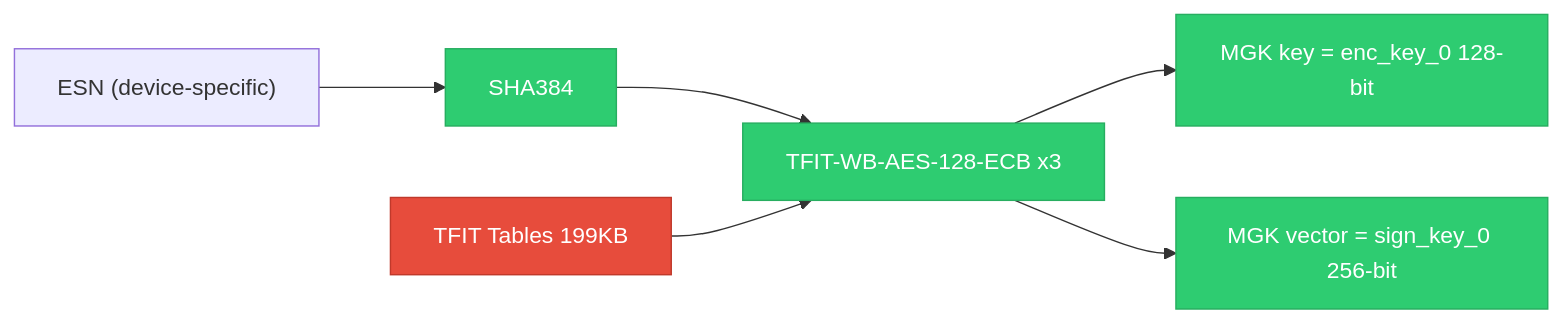
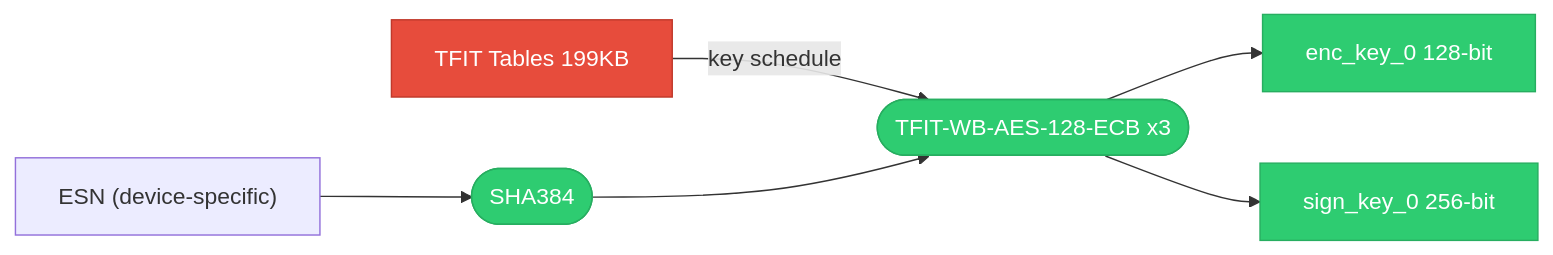
One commit to qtmleap/revkit changed the first of 9 diagrams in docs/spec/msl_key_relationship.md. Above: the diagram before and after it, drawn with Mermaid. The commit also changed other lines of this file, not shown here.

First line of the commit message:
docs(spec): Mermaid 図の記法を統一

````diff
--- a/docs/spec/msl_key_relationship.md
+++ b/docs/spec/msl_key_relationship.md
@@ -18,14 +18,14 @@
 ```mermaid
 graph LR
-    ESN["ESN (device-specific)"] --> SHA384_ESN["SHA384"]
-    SHA384_ESN --> TFIT_ECB["TFIT-WB-AES-128-ECB x3"]
-    TFIT_TBL["TFIT Tables 199KB"] --> TFIT_ECB
-    TFIT_ECB --> MGK_ENC["MGK key = enc_key_0 128-bit"]
-    TFIT_ECB --> MGK_SIGN["MGK vector = sign_key_0 256-bit"]
+    ESN["ESN (device-specific)"] --> OP_SHA0(["SHA384"])
+    TFIT_TBL["TFIT Tables 199KB"] -->|key schedule| OP_TFIT0(["TFIT-WB-AES-128-ECB x3"])
+    OP_SHA0 --> OP_TFIT0
+    OP_TFIT0 --> MGK_ENC["enc_key_0 128-bit"]
+    OP_TFIT0 --> MGK_SIGN["sign_key_0 256-bit"]
 
     style TFIT_TBL fill:#e74c3c,stroke:#c0392b,color:#fff
     style MGK_ENC fill:#2ecc71,stroke:#27ae60,color:#fff
     style MGK_SIGN fill:#2ecc71,stroke:#27ae60,color:#fff
-    style SHA384_ESN fill:#2ecc71,stroke:#27ae60,color:#fff
-    style TFIT_ECB fill:#2ecc71,stroke:#27ae60,color:#fff
+    style OP_SHA0 fill:#2ecc71,stroke:#27ae60,color:#fff
+    style OP_TFIT0 fill:#2ecc71,stroke:#27ae60,color:#fff
 ```
````
